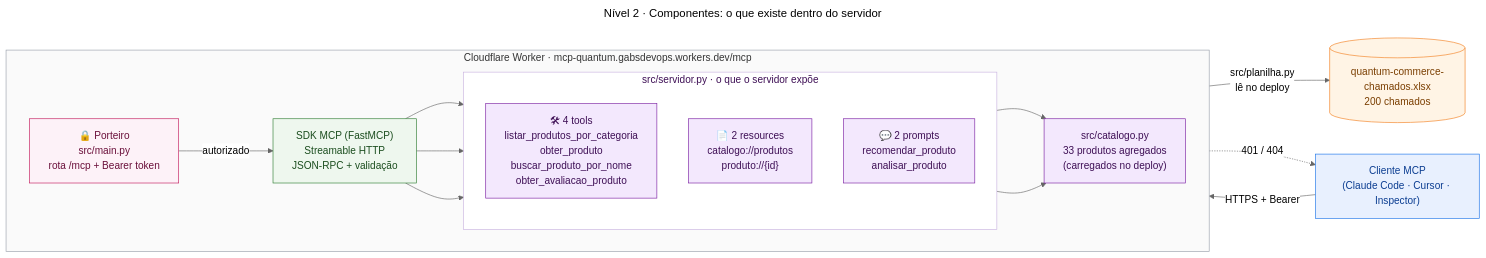
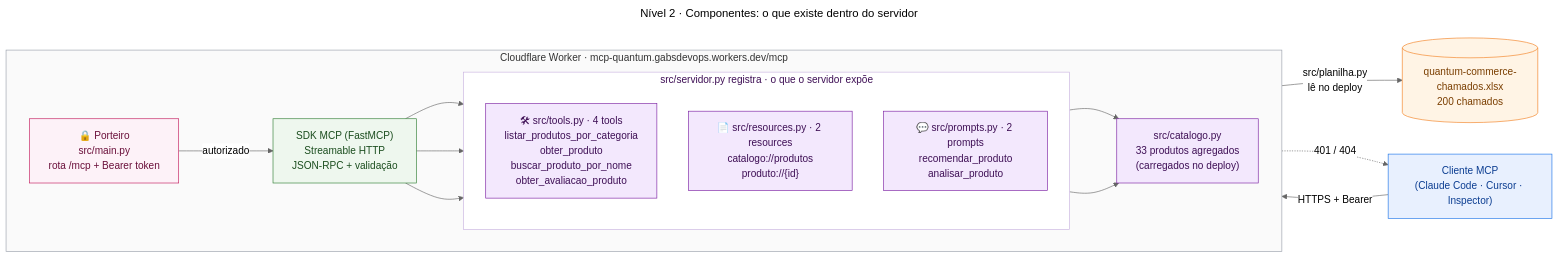
The diagram in api-integrations/mcp-quantum/diagramas/02-componentes.mmd (gabriel-dantas98/fiap-mba-multi-agent), drawn with Mermaid (neutral theme) before and after one commit. The commit also changed 13 other files, not shown here.

First line of the commit message:
refactor(api-integrations): tools, resources e prompts em arquivos dedicados

```diff
--- a/api-integrations/mcp-quantum/diagramas/02-componentes.mmd
+++ b/api-integrations/mcp-quantum/diagramas/02-componentes.mmd
@@ -1,38 +1,38 @@
 ---
 title: "Nível 2 · Componentes: o que existe dentro do servidor"
 ---
 flowchart LR
     classDef cliente fill:#E8F0FE,stroke:#1A73E8,color:#0B3D91
     classDef seguranca fill:#FDF2F8,stroke:#C2185B,color:#6A0F3A
     classDef sdk fill:#EEF7EE,stroke:#2E7D32,color:#1B4D1E
     classDef nosso fill:#F3E8FD,stroke:#7B1FA2,color:#3E0F55
     classDef dados fill:#FFF4E5,stroke:#F38020,color:#7A3E00
 
     C["Cliente MCP<br/>(Claude Code · Cursor · Inspector)"]:::cliente
 
     subgraph W["Cloudflare Worker · mcp-quantum.gabsdevops.workers.dev/mcp"]
         direction LR
         G["🔒 Porteiro<br/>src/main.py<br/>rota /mcp + Bearer token"]:::seguranca
         F["SDK MCP (FastMCP)<br/>Streamable HTTP<br/>JSON-RPC + validação"]:::sdk
 
-        subgraph Q["src/servidor.py · o que o servidor expõe"]
+        subgraph Q["src/servidor.py registra · o que o servidor expõe"]
             direction TB
-            T["🛠 4 tools<br/>listar_produtos_por_categoria<br/>obter_produto<br/>buscar_produto_por_nome<br/>obter_avaliacao_produto"]:::nosso
-            R["📄 2 resources<br/>catalogo://produtos<br/>produto://{id}"]:::nosso
-            P["💬 2 prompts<br/>recomendar_produto<br/>analisar_produto"]:::nosso
+            T["🛠 src/tools.py · 4 tools<br/>listar_produtos_por_categoria<br/>obter_produto<br/>buscar_produto_por_nome<br/>obter_avaliacao_produto"]:::nosso
+            R["📄 src/resources.py · 2 resources<br/>catalogo://produtos<br/>produto://{id}"]:::nosso
+            P["💬 src/prompts.py · 2 prompts<br/>recomendar_produto<br/>analisar_produto"]:::nosso
         end
 
         K["src/catalogo.py<br/>33 produtos agregados<br/>(carregados no deploy)"]:::nosso
     end
 
     X[("quantum-commerce-chamados.xlsx<br/>200 chamados")]:::dados
 
     C -- "HTTPS + Bearer" --> G
     G -- "autorizado" --> F
     F --> T & R & P
     T & R --> K
     K -- "src/planilha.py<br/>lê no deploy" --> X
     G -. "401 / 404" .-> C
 
     style W fill:#FAFAFA,stroke:#9AA0AB,color:#333
     style Q fill:#FFFFFF,stroke:#C9B3E0,color:#3E0F55
```
